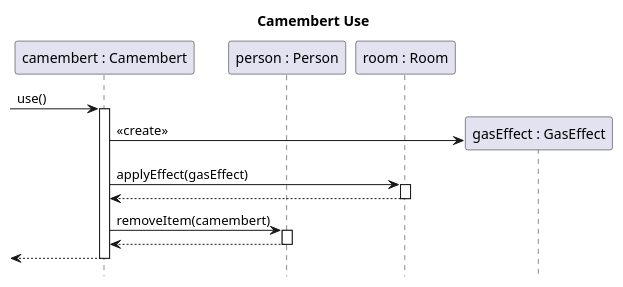
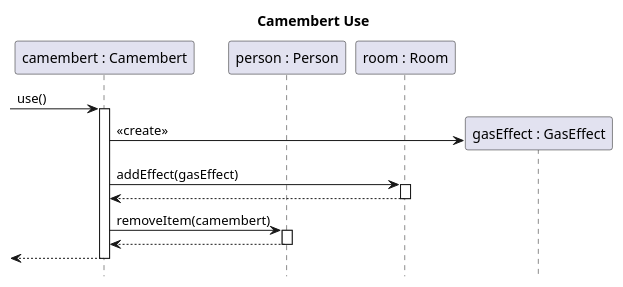
One commit to sn4k3ch4rm3r/logarlec changed the diagram in docs/diagrams/sequence/item-camembert-use.puml. Above: the diagram before and after it, drawn with PlantUML. The commit also changed 10 other files, not shown here.

Commit message:
Fixed errors, attempted to get the sequences and the class diagram in sync

```diff
--- a/docs/diagrams/sequence/item-camembert-use.puml
+++ b/docs/diagrams/sequence/item-camembert-use.puml
@@ -1,19 +1,19 @@
 @startuml item-camembert-use
 
 title Camembert Use
 hide footbox
 
 participant "camembert : Camembert" as camembert
 participant "person : Person" as person
 participant "room : Room" as room
 
 [-> camembert ++: use()
 	create "gasEffect : GasEffect" as gasEffect
 	camembert -> gasEffect : <<create>>
-	camembert -> room ++: applyEffect(gasEffect)
+	camembert -> room ++: addEffect(gasEffect)
 	return
 	camembert -> person ++: removeItem(camembert)
 	return
 return
 
 @enduml
```
